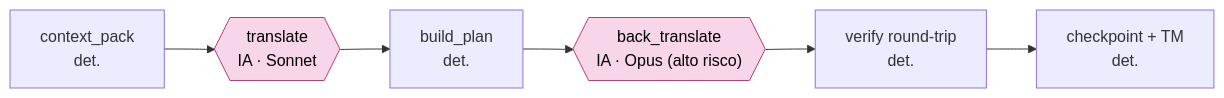
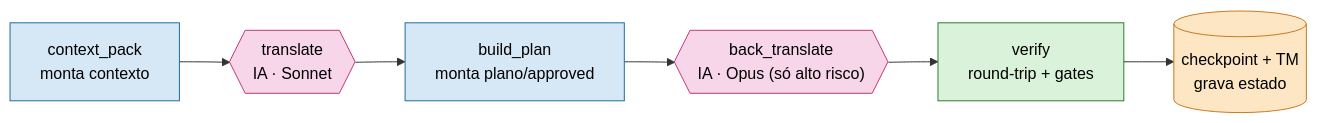
Before and after one commit to scudellerlemos/translation-cognition-framework: the second of 3 diagrams in README.md, drawn with Mermaid. The commit also changed other lines of this file and 3 other files, not shown here.

First line of the commit message:
@ docs: README orientado a 4 camadas + glossário, CONCEPTS.md, riscos no ROADMAP

````diff
--- a/README.md
+++ b/README.md
@@ -64,10 +80,12 @@
 ```mermaid
 flowchart LR
-  pack["context_pack<br/>det."] --> tr{{"translate<br/>IA · Sonnet"}}
-  tr --> plan["build_plan<br/>det."]
-  plan --> bt{{"back_translate<br/>IA · Opus (alto risco)"}}
-  bt --> vf["verify round-trip<br/>det."]
-  vf --> cp["checkpoint + TM<br/>det."]
-  classDef ia fill:#f6d6e8,stroke:#c0397b,color:#000;
-  class tr,bt ia;
+  pack["context_pack<br/>monta contexto"]:::exe --> tr{{"translate<br/>IA · Sonnet"}}:::cog
+  tr --> plan["build_plan<br/>monta plano/approved"]:::exe
+  plan --> bt{{"back_translate<br/>IA · Opus (só alto risco)"}}:::cog
+  bt --> vf["verify<br/>round-trip + gates"]:::val
+  vf --> cp[("checkpoint + TM<br/>grava estado")]:::sta
+  classDef cog fill:#f6d6e8,stroke:#c0397b,color:#000;
+  classDef sta fill:#fde6c4,stroke:#c97b1f,color:#000;
+  classDef exe fill:#d6e8f6,stroke:#1f6f9b,color:#000;
+  classDef val fill:#d9f2d9,stroke:#2e7d32,color:#000;
 ```
````
